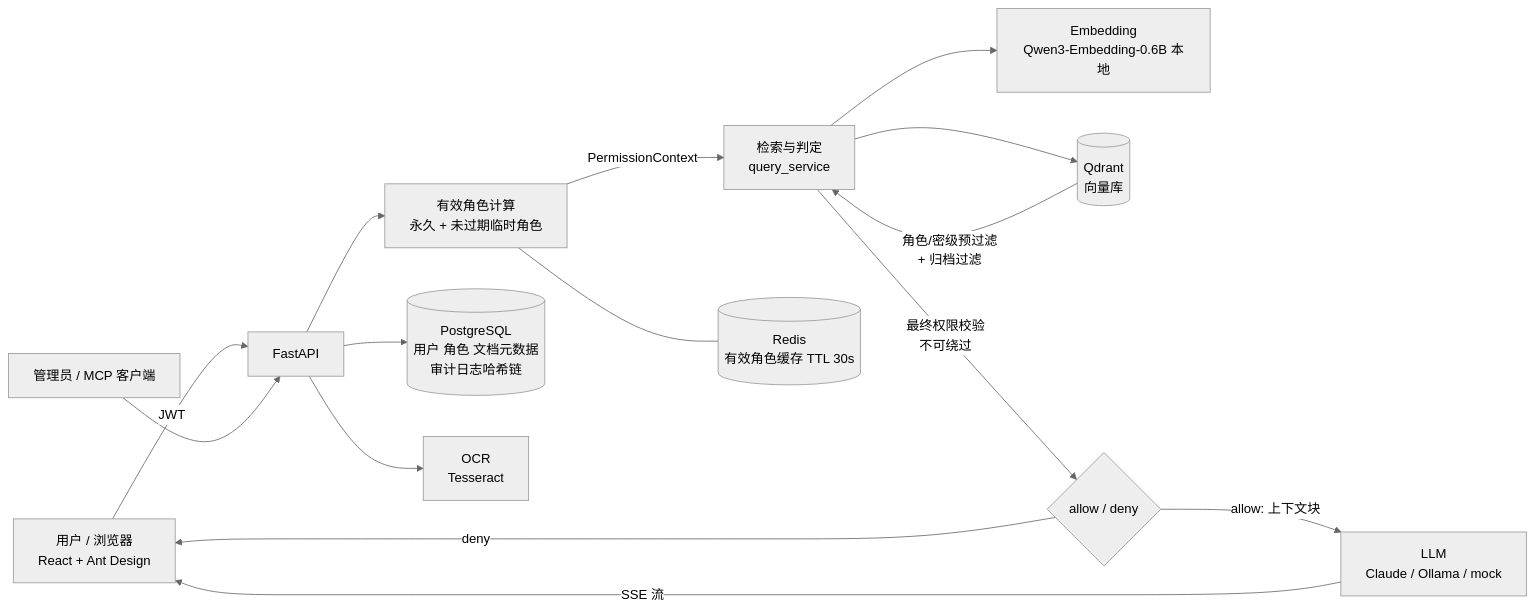
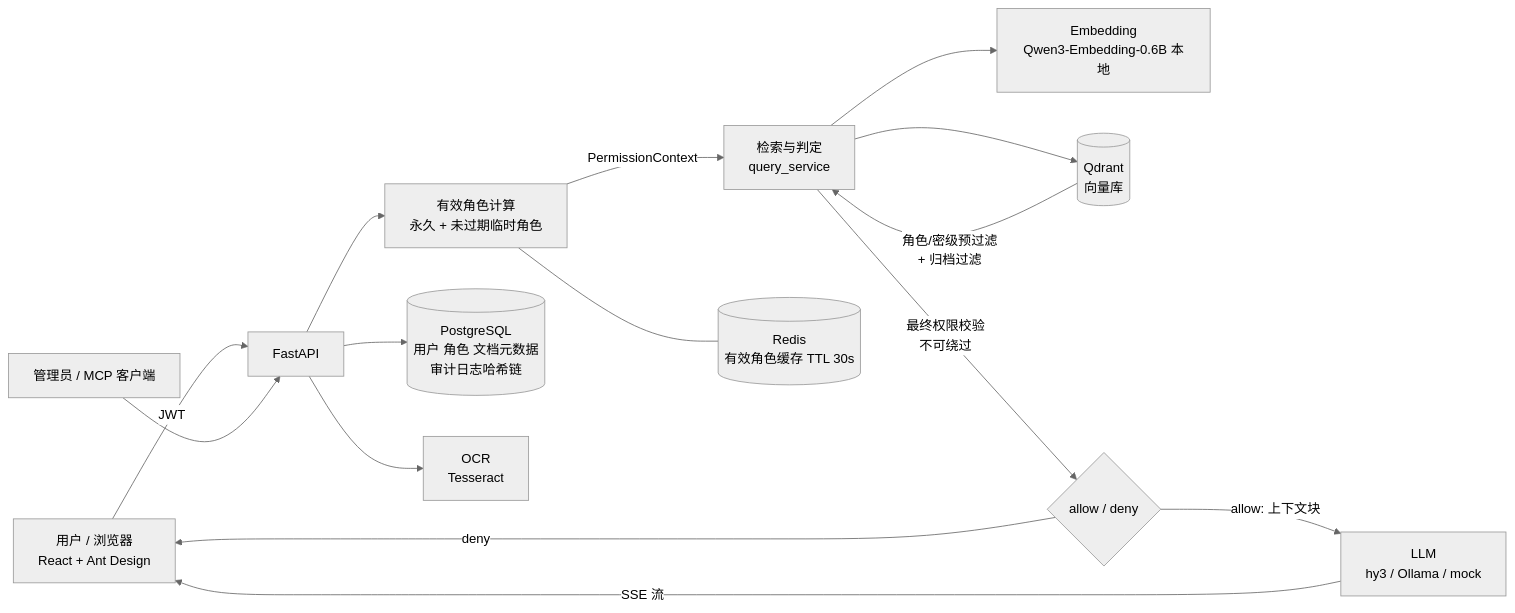
The diagram in README.md (FrancisWooh/SoLah_RBAC_RAG), drawn with Mermaid (neutral theme) before and after one commit. The commit also changed other lines of this file and 1 other file, not shown here.

Commit message:
Update README and .env.example: switch default LLM from Claude to hy3 via TokenHub

````diff
--- a/README.md
+++ b/README.md
@@ -48,17 +48,17 @@
 ```mermaid
 flowchart LR
     U[用户 / 浏览器<br/>React + Ant Design] -->|JWT| API[FastAPI]
     API --> RBAC[有效角色计算<br/>永久 + 未过期临时角色]
     RBAC -->|PermissionContext| RET[检索与判定<br/>query_service]
     RET --> EMB[Embedding<br/>Qwen3-Embedding-0.6B 本地]
     RET --> VDB[(Qdrant<br/>向量库)]
     VDB -->|角色/密级预过滤<br/>+ 归档过滤| RET
     RET -->|最终权限校验<br/>不可绕过| GATE{allow / deny}
     GATE -->|deny| U
-    GATE -->|allow: 上下文块| LLM[LLM<br/>Claude / Ollama / mock]
+    GATE -->|allow: 上下文块| LLM[LLM<br/>hy3 / Ollama / mock]
     LLM -->|SSE 流| U
     API --> PG[(PostgreSQL<br/>用户 角色 文档元数据<br/>审计日志哈希链)]
     RBAC --- REDIS[(Redis<br/>有效角色缓存 TTL 30s)]
     API --> OCR[OCR<br/>Tesseract]
     ADM[管理员 / MCP 客户端] --> API
 ```
````
